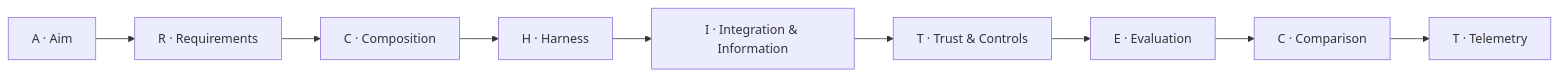
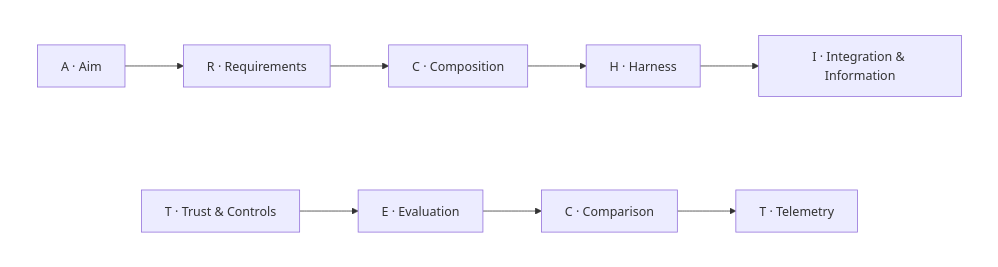
The second of 2 diagrams in README.md (brunovicco/architect-ai-framework), drawn with Mermaid before and after one commit. The commit also changed 1 other file, not shown here.

Commit message:
Break the 9-step flowchart into two rows in both READMEs
The 9 nodes in a single flowchart LR row were cramped/wide. Split into
two grouped subgraphs (5 + 4 steps) stacked top-to-bottom, each flowing
left-to-right internally, connected by an invisible link to preserve
the row order without a connecting arrow breaking the inner layout
(a known mermaid quirk when an edge crosses subgraph boundaries).
Verified by rendering both diagrams with mermaid-cli before committing.

````diff
--- a/README.md
+++ b/README.md
@@ -76,6 +76,14 @@
 ```mermaid
-flowchart LR
-    A["A · Aim"] --> R["R · Requirements"] --> C1["C · Composition"]
-    C1 --> H["H · Harness"] --> I["I · Integration &amp; Information"] --> T1["T · Trust &amp; Controls"]
-    T1 --> E["E · Evaluation"] --> C2["C · Comparison"] --> T2["T · Telemetry"]
+flowchart TB
+    subgraph Row1[" "]
+        direction LR
+        A["A · Aim"] --> R["R · Requirements"] --> C1["C · Composition"] --> H["H · Harness"] --> I["I · Integration &amp; Information"]
+    end
+    subgraph Row2[" "]
+        direction LR
+        T1["T · Trust &amp; Controls"] --> E["E · Evaluation"] --> C2["C · Comparison"] --> T2["T · Telemetry"]
+    end
+    Row1 ~~~ Row2
+    style Row1 fill:none,stroke:none
+    style Row2 fill:none,stroke:none
 ```
````
